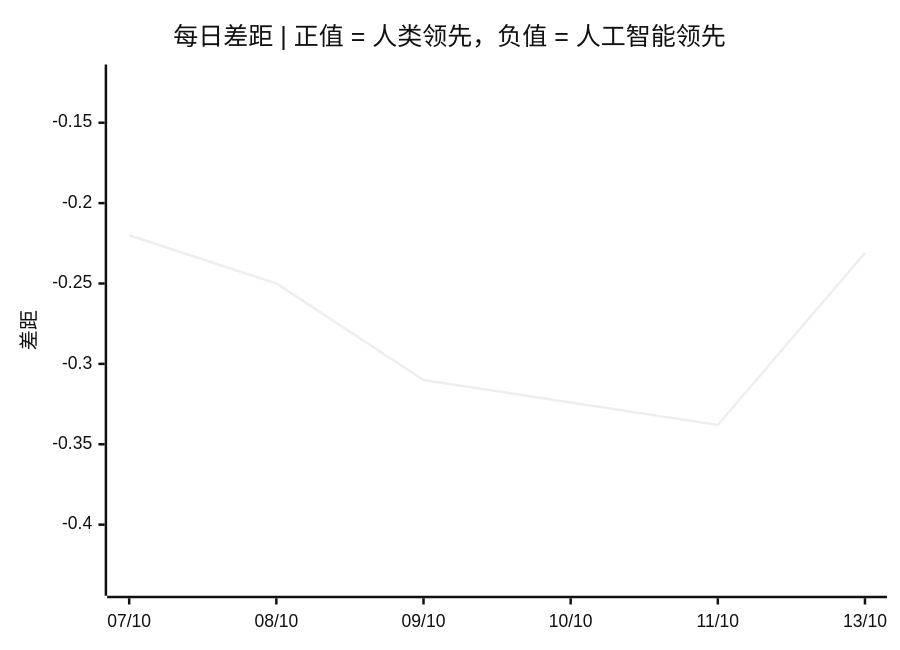
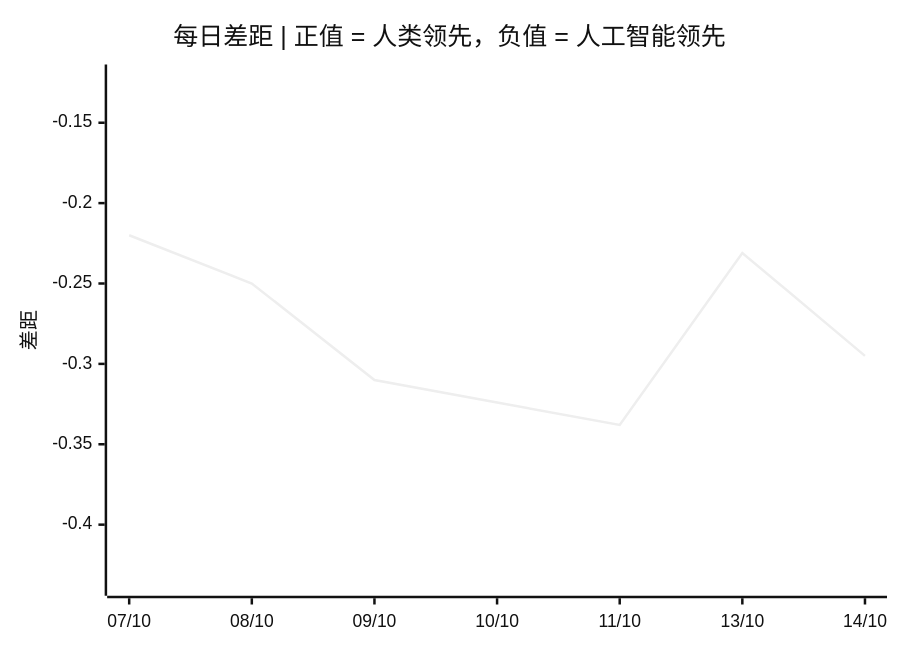
Before and after one commit to VQQLK/Human-AI-Monitor: the third of 3 diagrams in README.zh.md, drawn with Mermaid (neutral theme). The commit also changed other lines of this file and 5 other files, not shown here.

````diff
--- a/README.zh.md
+++ b/README.zh.md
@@ -56,7 +56,7 @@
 ```mermaid
 xychart-beta
     title "每日差距 | 正值 = 人类领先，负值 = 人工智能领先"
-    x-axis ["07/10", "08/10", "09/10", "10/10", "11/10", "13/10"]
+    x-axis ["07/10", "08/10", "09/10", "10/10", "11/10", "13/10", "14/10"]
     y-axis "差距" -0.438 --> -0.120
-    line [-0.220, -0.250, -0.310, -0.324, -0.338, -0.231]
+    line [-0.220, -0.250, -0.310, -0.324, -0.338, -0.231, -0.295]
 ```
````
